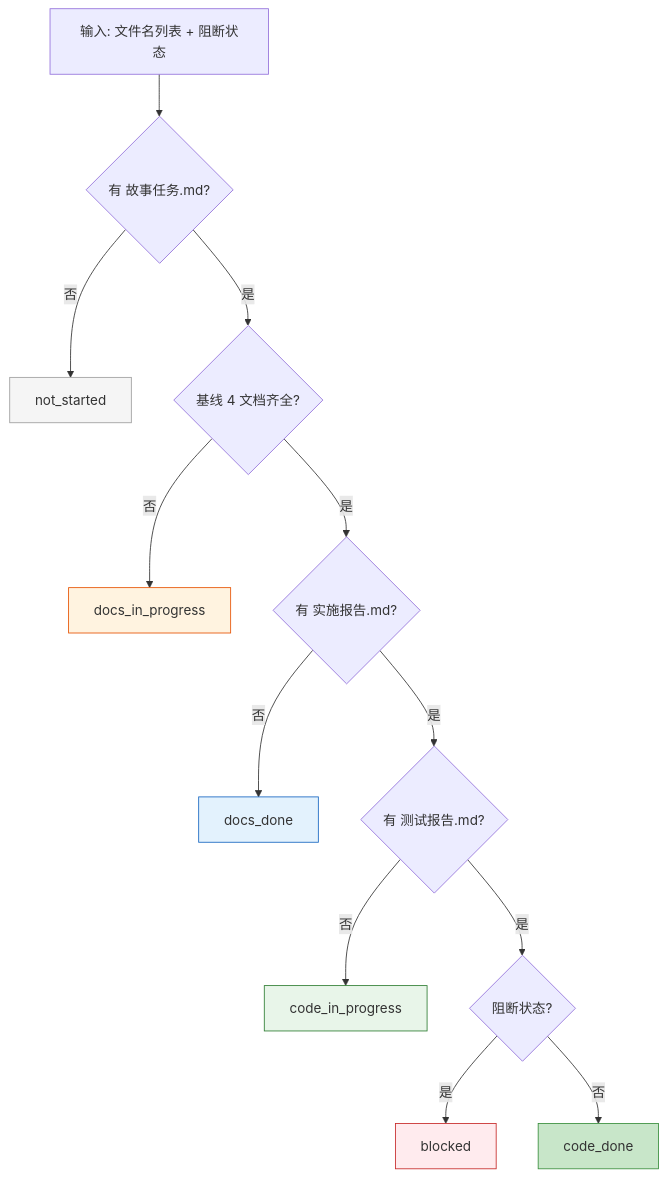
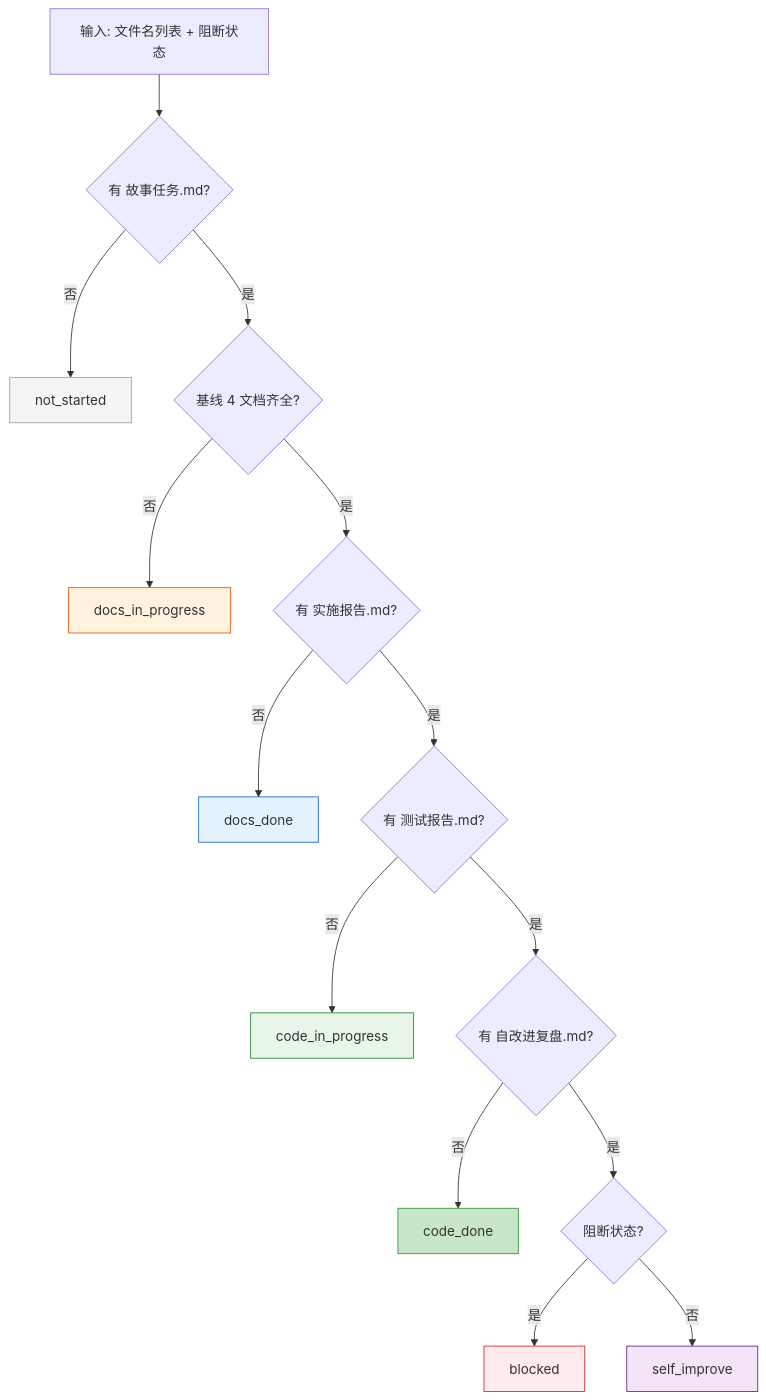
The sixth of 8 diagrams in docs/故事任务面板/rui-story/YiWeb-技术评审.md (effiy/YiWeb), drawn with Mermaid before and after one commit. The commit also changed other lines of this file and 3 other files, not shown here.

First line of the commit message:
docs: sync story panel status model references (blocked→self_improve)

````diff
--- a/docs/故事任务面板/rui-story/YiWeb-技术评审.md
+++ b/docs/故事任务面板/rui-story/YiWeb-技术评审.md
@@ -273,21 +273,24 @@
 ```mermaid
 flowchart TD
     START["输入: 文件名列表 + 阻断状态"] --> Q1{"有 故事任务.md?"}
     Q1 -->|否| NS["not_started"]
     Q1 -->|是| Q2{"基线 4 文档齐全?"}
     Q2 -->|否| DIP["docs_in_progress"]
     Q2 -->|是| Q3{"有 实施报告.md?"}
     Q3 -->|否| DD["docs_done"]
     Q3 -->|是| Q4{"有 测试报告.md?"}
     Q4 -->|否| CIP["code_in_progress"]
-    Q4 -->|是| Q5{"阻断状态?"}
-    Q5 -->|是| BL["blocked"]
+    Q4 -->|是| Q5{"有 自改进复盘.md?"}
     Q5 -->|否| CD["code_done"]
+    Q5 -->|是| Q6{"阻断状态?"}
+    Q6 -->|是| BL["blocked"]
+    Q6 -->|否| SI["self_improve"]
 
     style NS fill:#f5f5f5,stroke:#9e9e9e
     style DIP fill:#fff3e0,stroke:#e65100
     style DD fill:#e3f2fd,stroke:#1565c0
     style CIP fill:#e8f5e9,stroke:#2e7d32
+    style CD fill:#c8e6c9,stroke:#388e3c
     style BL fill:#ffebee,stroke:#c62828
-    style CD fill:#c8e6c9,stroke:#388e3c
+    style SI fill:#f3e5f5,stroke:#6a1b9a
 ```
````
